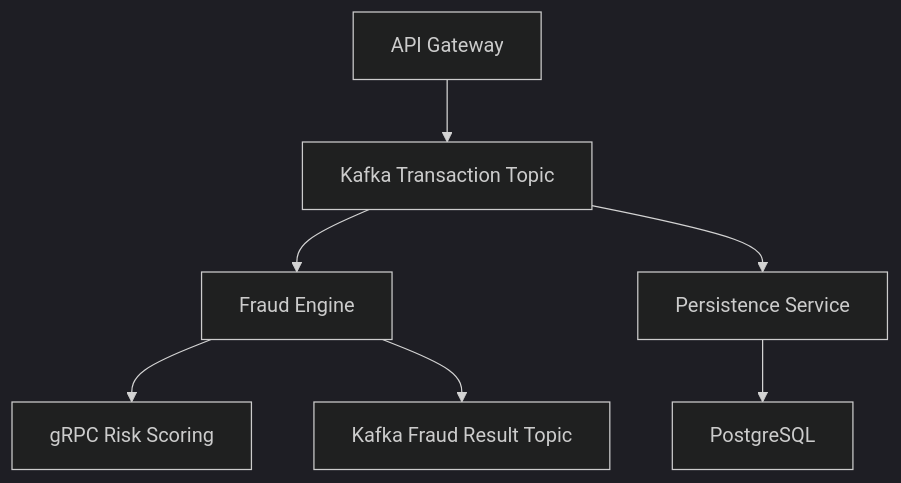
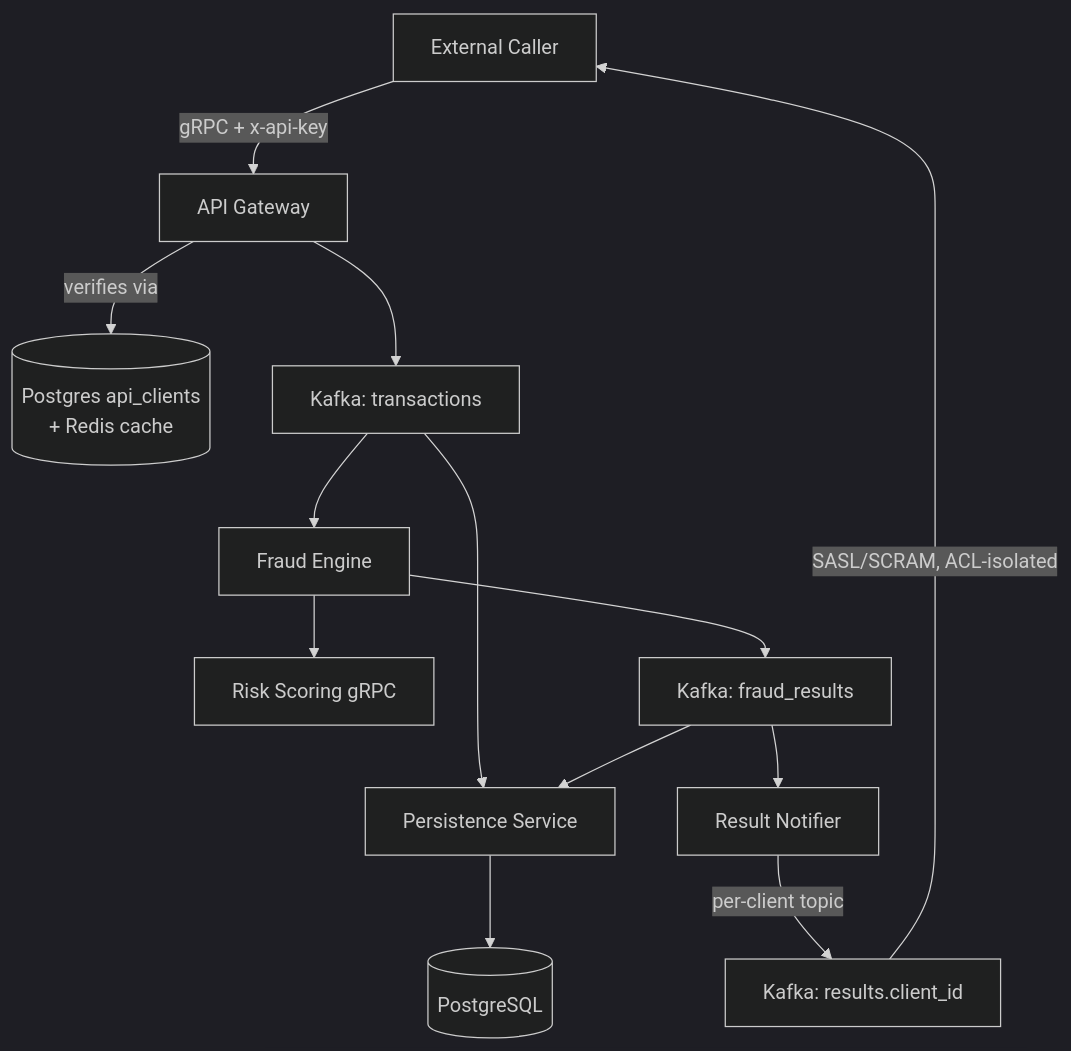
The diagram in README.md (gobi722/SentinelSwitch), drawn with Mermaid (dark theme) before and after one commit. The commit also changed other lines of this file, not shown here.

Commit message:
docs(readme): rewrite to reflect current 5-service architecture

````diff
--- a/README.md
+++ b/README.md
@@ -24,9 +27,15 @@
 ```mermaid
 graph TD
-A[API Gateway] --> B[Kafka Transaction Topic]
-B --> C[Fraud Engine]
-B --> D[Persistence Service]
-C --> E[gRPC Risk Scoring]
-D --> F[PostgreSQL]
-C --> G[Kafka Fraud Result Topic]
+    Ext[External Caller] -->|gRPC + x-api-key| A[API Gateway]
+    A -->|verifies via| Auth[(Postgres api_clients<br/>+ Redis cache)]
+    A --> B[Kafka: transactions]
+    B --> C[Fraud Engine]
+    B --> D[Persistence Service]
+    C --> E[Risk Scoring gRPC]
+    D --> F[(PostgreSQL)]
+    C --> G[Kafka: fraud_results]
+    G --> D
+    G --> H[Result Notifier]
+    H -->|per-client topic| I[Kafka: results.client_id]
+    I -->|SASL/SCRAM, ACL-isolated| Ext
 ```
````
